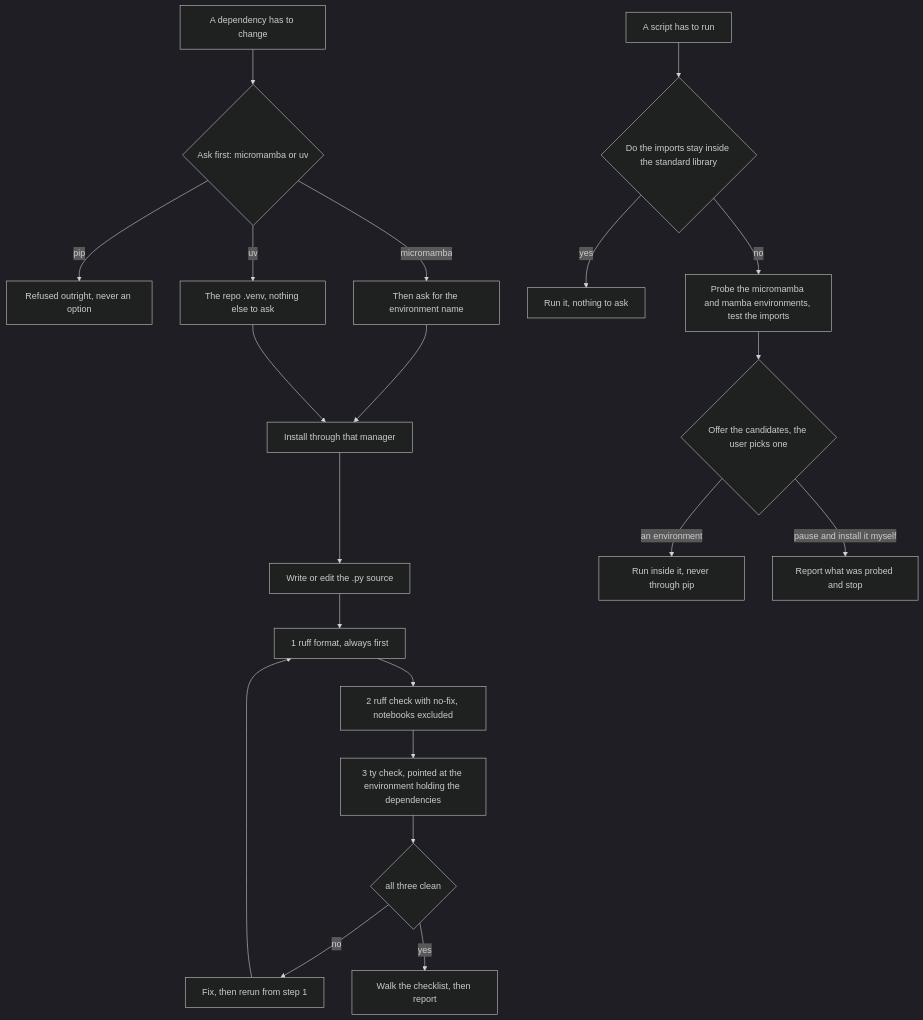
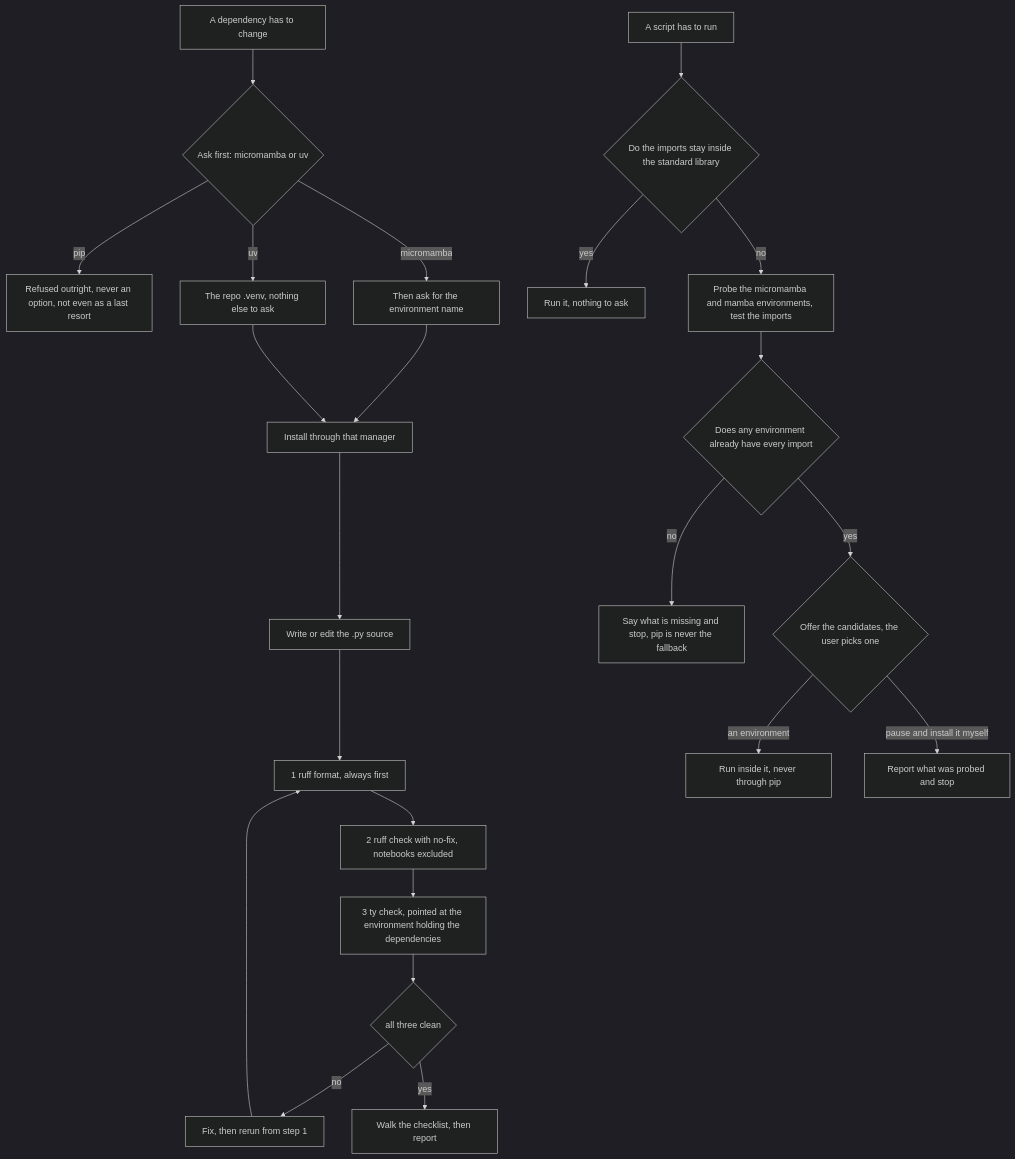
Before and after one commit to HHSTU-IST/skills: the second of 10 diagrams in README.md, drawn with Mermaid (dark theme). The commit also changed other lines of this file and 3 other files, not shown here.

````diff
--- a/README.md
+++ b/README.md
@@ -302,24 +302,26 @@
 ```mermaid
 flowchart TD
     A["A dependency has to change"] --> B{"Ask first: micromamba or uv"}
-    B -->|pip| X["Refused outright, never an option"]
+    B -->|pip| X["Refused outright, never an option, not even as a last resort"]
     B -->|micromamba| C["Then ask for the environment name"]
     B -->|uv| D["The repo .venv, nothing else to ask"]
     C --> E["Install through that manager"]
     D --> E
     E --> W["Write or edit the .py source"]
     W --> G["1 ruff format, always first"]
     G --> H["2 ruff check with no-fix, notebooks excluded"]
     H --> I["3 ty check, pointed at the environment holding the dependencies"]
     I --> J{"all three clean"}
     J -->|no| K["Fix, then rerun from step 1"]
     K --> G
     J -->|yes| L["Walk the checklist, then report"]
 
     R["A script has to run"] --> S{"Do the imports stay inside the standard library"}
     S -->|yes| T["Run it, nothing to ask"]
     S -->|no| U["Probe the micromamba and mamba environments, test the imports"]
-    U --> V{"Offer the candidates, the user picks one"}
+    U --> M{"Does any environment already have every import"}
+    M -->|no| N["Say what is missing and stop, pip is never the fallback"]
+    M -->|yes| V{"Offer the candidates, the user picks one"}
     V -->|an environment| Y["Run inside it, never through pip"]
     V -->|pause and install it myself| Z["Report what was probed and stop"]
 ```
````
